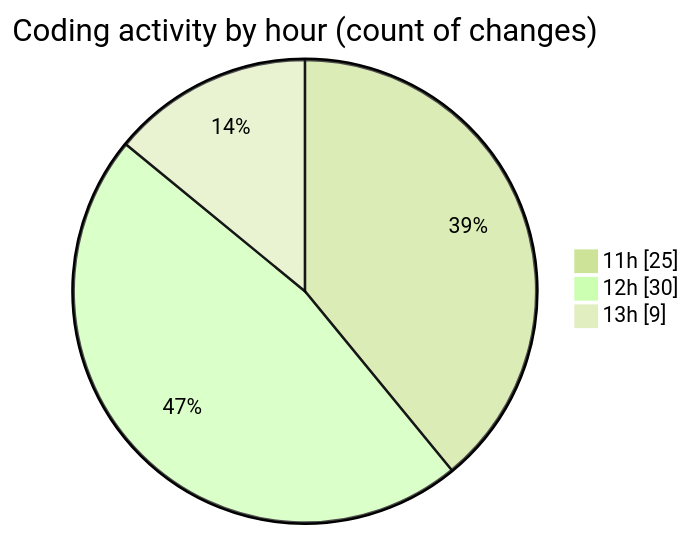
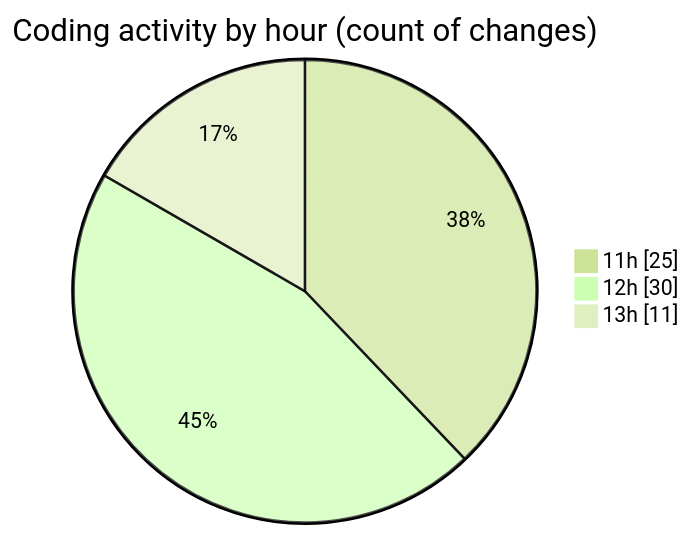
The second of 2 diagrams in 2025-08-13/nxtqube_webapp/README.md (nxtqubesakshisongat/code-tracking), drawn with Mermaid (forest theme) before and after one commit. The commit also changed other lines of this file and 1 other file, not shown here.

````diff
--- a/2025-08-13/nxtqube_webapp/README.md
+++ b/2025-08-13/nxtqube_webapp/README.md
@@ -33,7 +34,7 @@
 ```mermaid
 pie showData
 title Coding activity by hour (count of changes)
 "11h" : 25
 "12h" : 30
-"13h" : 9
+"13h" : 11
 ```
````
